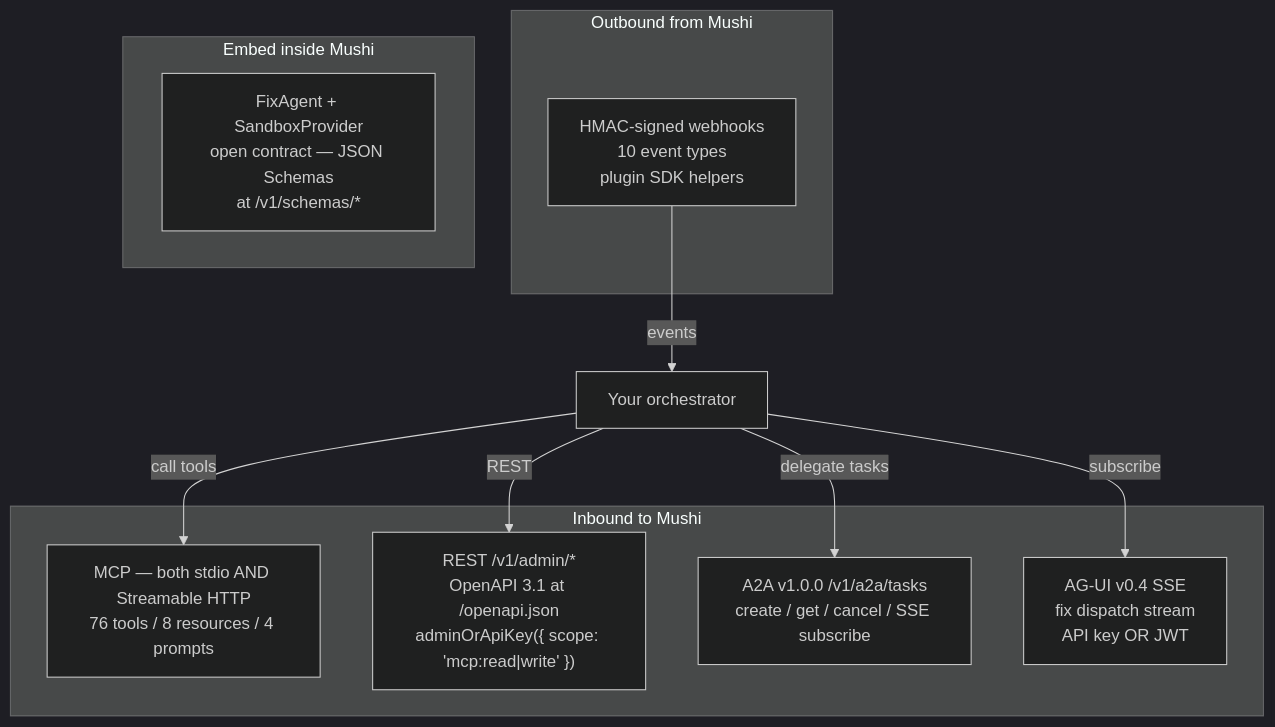
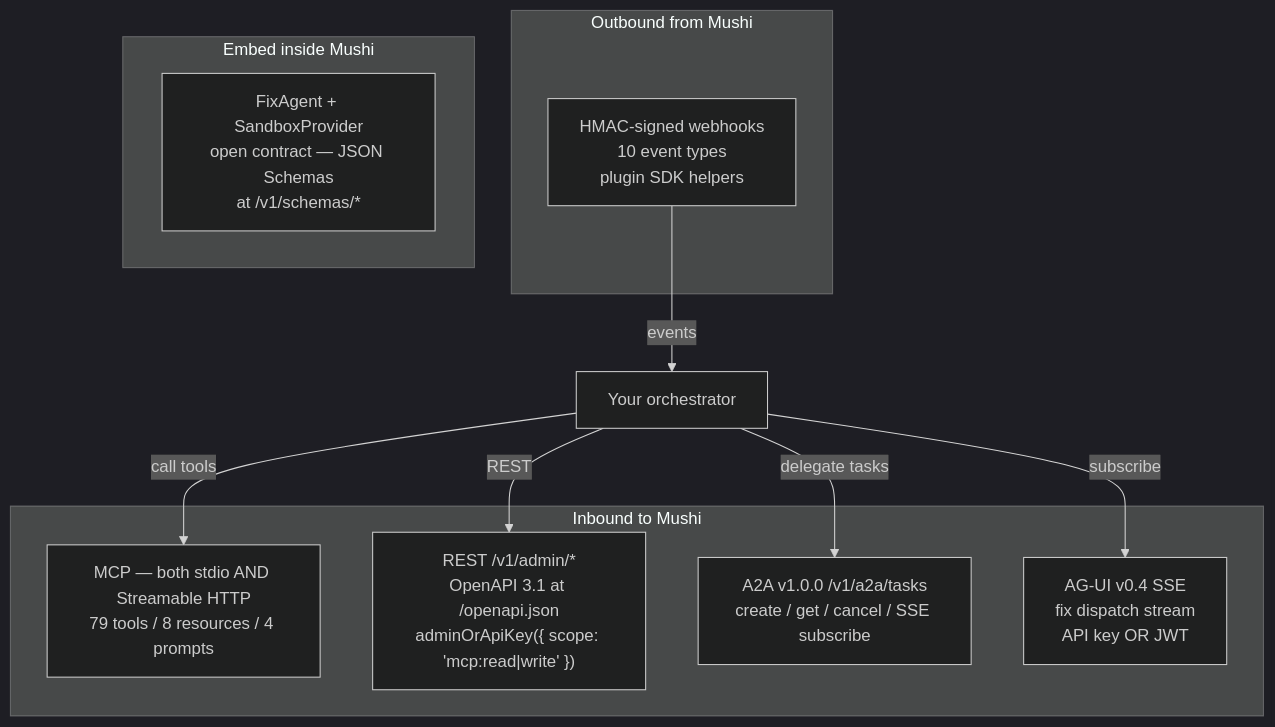
Before and after one commit to kensaurus/mushi-mushi: the diagram in apps/docs/content/concepts/orchestrator-interop.mdx, drawn with Mermaid (dark theme). The commit also changed other lines of this file and 31 other files, not shown here.

````diff
--- a/apps/docs/content/concepts/orchestrator-interop.mdx
+++ b/apps/docs/content/concepts/orchestrator-interop.mdx
@@ -32,20 +32,20 @@
 ```mermaid
 flowchart TB
   subgraph Inbound["Inbound to Mushi"]
-    MCP["MCP — both stdio AND Streamable HTTP<br/>76 tools / 8 resources / 4 prompts"]
+    MCP["MCP — both stdio AND Streamable HTTP<br/>79 tools / 8 resources / 4 prompts"]
     REST["REST /v1/admin/*<br/>OpenAPI 3.1 at /openapi.json<br/>adminOrApiKey({ scope: 'mcp:read|write' })"]
     A2A["A2A v1.0.0 /v1/a2a/tasks<br/>create / get / cancel / SSE subscribe"]
     AGUI["AG-UI v0.4 SSE<br/>fix dispatch stream<br/>API key OR JWT"]
   end
   subgraph Outbound["Outbound from Mushi"]
     Hooks["HMAC-signed webhooks<br/>10 event types<br/>plugin SDK helpers"]
   end
   subgraph Native["Embed inside Mushi"]
     FA["FixAgent + SandboxProvider<br/>open contract — JSON Schemas<br/>at /v1/schemas/*"]
   end
   Orch["Your orchestrator"] -->|"call tools"| MCP
   Orch -->|"REST"| REST
   Orch -->|"delegate tasks"| A2A
   Orch -->|"subscribe"| AGUI
   Hooks -->|"events"| Orch
 ```
````
